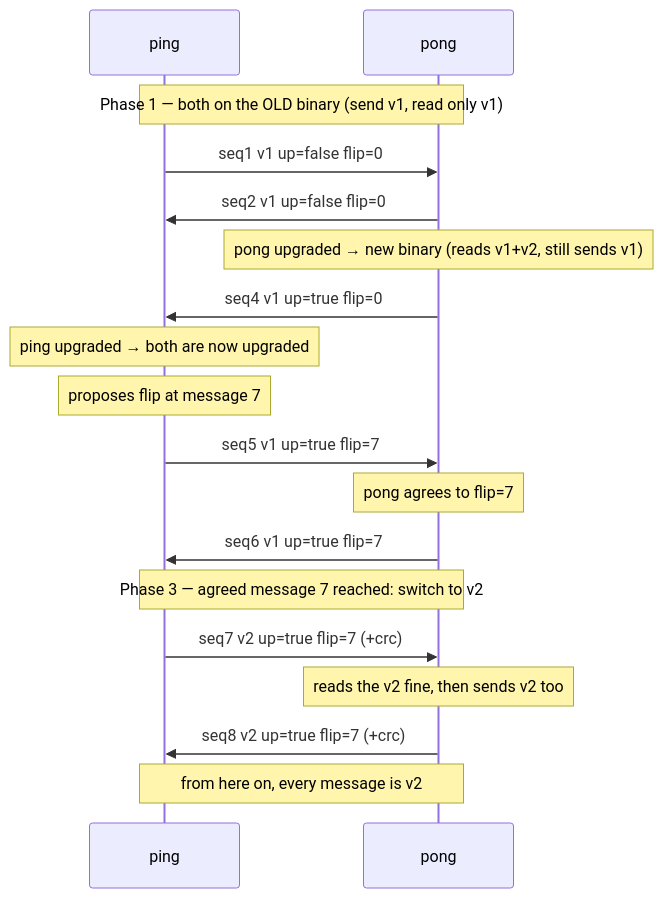
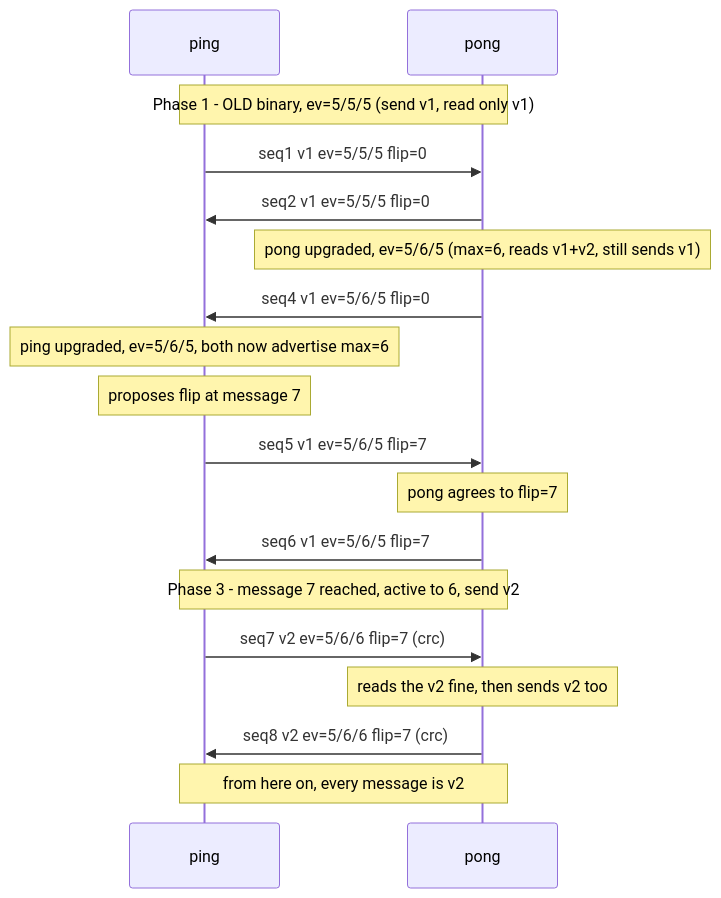
One commit to automa-saga/gatekit-spec changed the diagram in examples/go/pingpong/README.md. Above: the diagram before and after it, drawn with Mermaid. The commit also changed other lines of this file and 5 other files, not shown here.

````diff
--- a/examples/go/pingpong/README.md
+++ b/examples/go/pingpong/README.md
@@ -43,20 +59,20 @@
 ```mermaid
 sequenceDiagram
     participant P as ping
     participant Q as pong
-    Note over P,Q: Phase 1 — both on the OLD binary (send v1, read only v1)
-    P->>Q: seq1  v1  up=false flip=0
-    Q->>P: seq2  v1  up=false flip=0
-    Note over Q: pong upgraded → new binary (reads v1+v2, still sends v1)
-    Q->>P: seq4  v1  up=true  flip=0
-    Note over P: ping upgraded → both are now upgraded
+    Note over P,Q: Phase 1 - OLD binary, ev=5/5/5 (send v1, read only v1)
+    P->>Q: seq1 v1 ev=5/5/5 flip=0
+    Q->>P: seq2 v1 ev=5/5/5 flip=0
+    Note over Q: pong upgraded, ev=5/6/5 (max=6, reads v1+v2, still sends v1)
+    Q->>P: seq4 v1 ev=5/6/5 flip=0
+    Note over P: ping upgraded, ev=5/6/5, both now advertise max=6
     Note over P: proposes flip at message 7
-    P->>Q: seq5  v1  up=true  flip=7
+    P->>Q: seq5 v1 ev=5/6/5 flip=7
     Note over Q: pong agrees to flip=7
-    Q->>P: seq6  v1  up=true  flip=7
-    Note over P,Q: Phase 3 — agreed message 7 reached: switch to v2
-    P->>Q: seq7  v2  up=true  flip=7  (+crc)
+    Q->>P: seq6 v1 ev=5/6/5 flip=7
+    Note over P,Q: Phase 3 - message 7 reached, active to 6, send v2
+    P->>Q: seq7 v2 ev=5/6/6 flip=7 (crc)
     Note over Q: reads the v2 fine, then sends v2 too
-    Q->>P: seq8  v2  up=true  flip=7  (+crc)
+    Q->>P: seq8 v2 ev=5/6/6 flip=7 (crc)
     Note over P,Q: from here on, every message is v2
 ```
````
